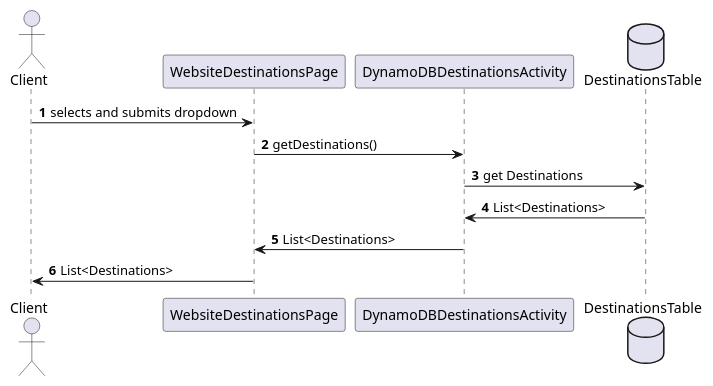
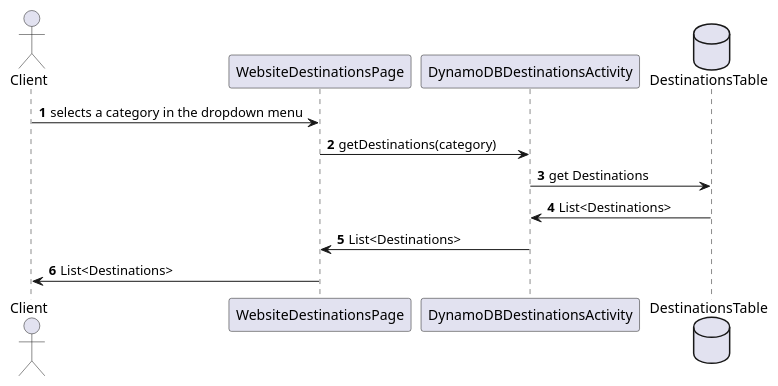
The diagram in resources/GetDestination.puml (winters5885/NSS-digital-nomad), drawn with PlantUML before and after one commit. The commit also changed 3 other files, not shown here.

```diff
--- a/resources/GetDestination.puml
+++ b/resources/GetDestination.puml
@@ -1,17 +1,17 @@
 @startuml
 'https://plantuml.com/sequence-diagram
 actor Client
 participant WebsiteDestinationsPage
 participant DynamoDBDestinationsActivity
 database DestinationsTable
 autonumber
 
-Client -> WebsiteDestinationsPage: selects and submits dropdown
-WebsiteDestinationsPage -> DynamoDBDestinationsActivity: getDestinations()
+Client -> WebsiteDestinationsPage: selects a category in the dropdown menu
+WebsiteDestinationsPage -> DynamoDBDestinationsActivity: getDestinations(category)
 
 DynamoDBDestinationsActivity -> DestinationsTable: get Destinations
 DynamoDBDestinationsActivity <- DestinationsTable: List<Destinations>
 DynamoDBDestinationsActivity -> WebsiteDestinationsPage: List<Destinations>
 Client<- WebsiteDestinationsPage: List<Destinations>
 
 @enduml
```
